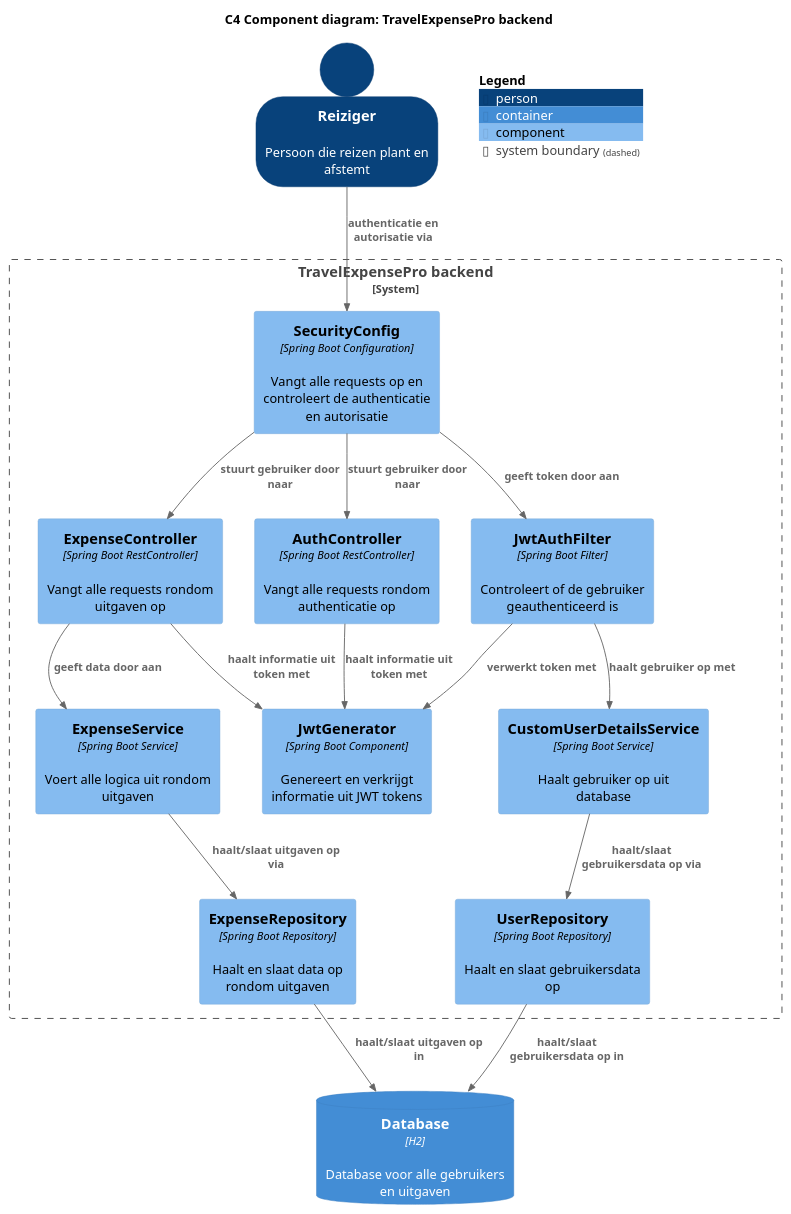
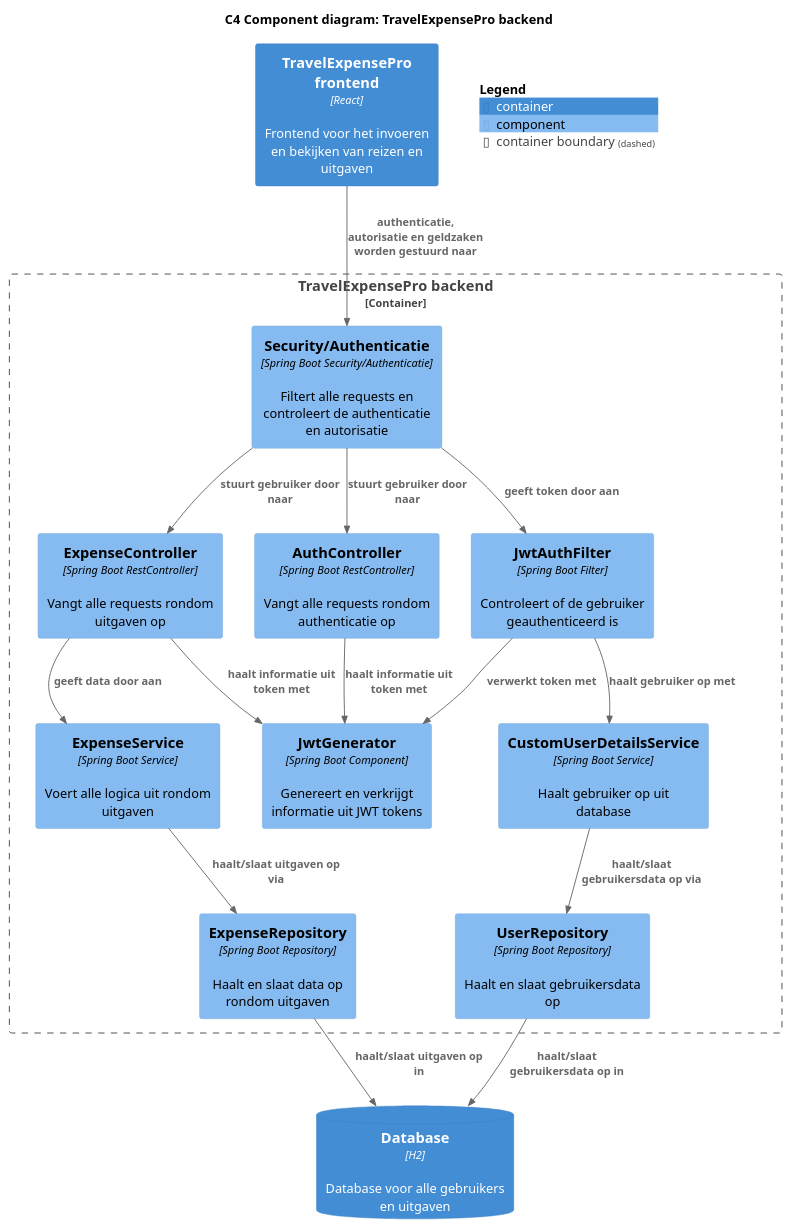
Before and after one commit to AIM-ENE-feb25/triptop-groep-4-jochem-roald-stijn-a: the diagram in opdrachten/Component diagram FSWD/component-diagram-stijn.puml, drawn with PlantUML.

Commit message:
aanpassingen aan component diagram

```diff
--- a/opdrachten/Component diagram FSWD/component-diagram-stijn.puml
+++ b/opdrachten/Component diagram FSWD/component-diagram-stijn.puml
@@ -1,44 +1,45 @@
 @startuml
 title C4 Component diagram: TravelExpensePro backend
 !include <C4/C4_Component.puml>
 
 top to bottom direction
 
 SHOW_PERSON_OUTLINE()
 
-Person(user, "Reiziger", "Persoon die reizen plant en afstemt")
+Container(frontend, "TravelExpensePro frontend", "React", "Frontend voor het invoeren en bekijken van reizen en uitgaven")
 
-System_Boundary(system, "TravelExpensePro backend") {
+Container_Boundary(system, "TravelExpensePro backend") {
     Component(expenseController, "ExpenseController", "Spring Boot RestController", "Vangt alle requests rondom uitgaven op")
     Component(expenseService, "ExpenseService", "Spring Boot Service", "Voert alle logica uit rondom uitgaven")
     Component(expenseRepository, "ExpenseRepository", "Spring Boot Repository", "Haalt en slaat data op rondom uitgaven")
     Component(authController, "AuthController", "Spring Boot RestController", "Vangt alle requests rondom authenticatie op")
-    Component(securityConfig, "SecurityConfig", "Spring Boot Configuration", "Vangt alle requests op en controleert de authenticatie en autorisatie")
+'    Component(securityConfig, "SecurityConfig", "Spring Boot Configuration", "Vangt alle requests op en controleert de authenticatie en autorisatie")
+    Component(securityConfig, "Security/Authenticatie", "Spring Boot Security/Authenticatie", "Filtert alle requests en controleert de authenticatie en autorisatie")
     Component(jwtAuthFilter, "JwtAuthFilter", "Spring Boot Filter", "Controleert of de gebruiker geauthenticeerd is")
     Component(jwtGenerator, "JwtGenerator", "Spring Boot Component", "Genereert en verkrijgt informatie uit JWT tokens")
     Component(customUserDetailsService, "CustomUserDetailsService", "Spring Boot Service", "Haalt gebruiker op uit database")
     Component(userRepository, "UserRepository", "Spring Boot Repository", "Haalt en slaat gebruikersdata op")
 }
 ContainerDb(db, "Database", "H2", "Database voor alle gebruikers en uitgaven")
 
-Rel(user, securityConfig, "authenticatie en autorisatie via")
+Rel(frontend, securityConfig, "authenticatie, autorisatie en geldzaken worden gestuurd naar")
 Rel(securityConfig, jwtAuthFilter, "geeft token door aan")
 Rel(jwtAuthFilter, jwtGenerator, "verwerkt token met")
 
 Rel(jwtAuthFilter, customUserDetailsService, "haalt gebruiker op met")
 Rel(customUserDetailsService, userRepository, "haalt/slaat gebruikersdata op via")
 
 Rel(securityConfig, expenseController, "stuurt gebruiker door naar")
 Rel(expenseController, expenseService, "geeft data door aan")
 Rel(expenseService, expenseRepository, "haalt/slaat uitgaven op via")
 Rel(expenseController, jwtGenerator, "haalt informatie uit token met")
 
 Rel(securityConfig, authController, "stuurt gebruiker door naar")
 Rel(authController, jwtGenerator, "haalt informatie uit token met")
 
 Rel(expenseRepository, db, "haalt/slaat uitgaven op in")
 Rel(userRepository, db, "haalt/slaat gebruikersdata op in")
 
 SHOW_FLOATING_LEGEND()
 
 @enduml
```
